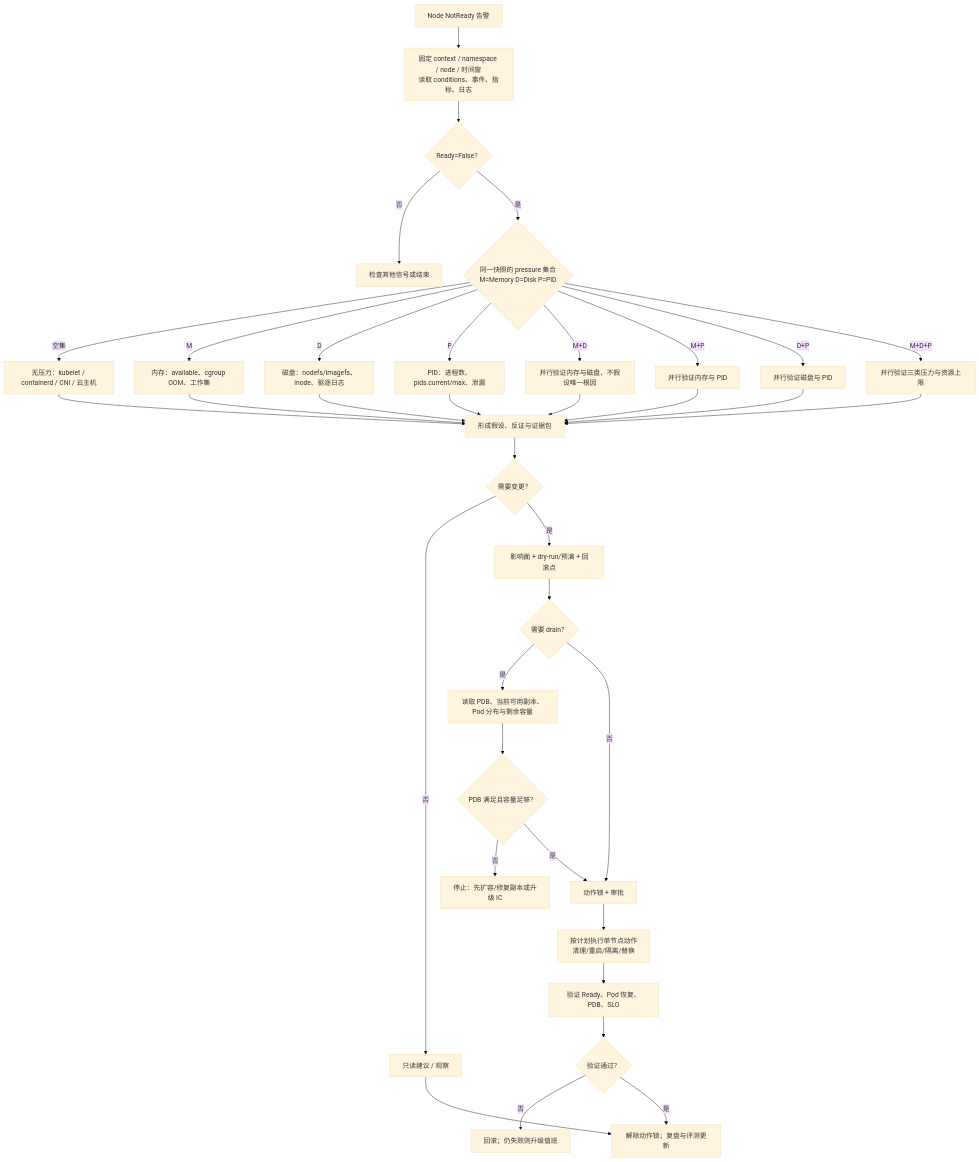
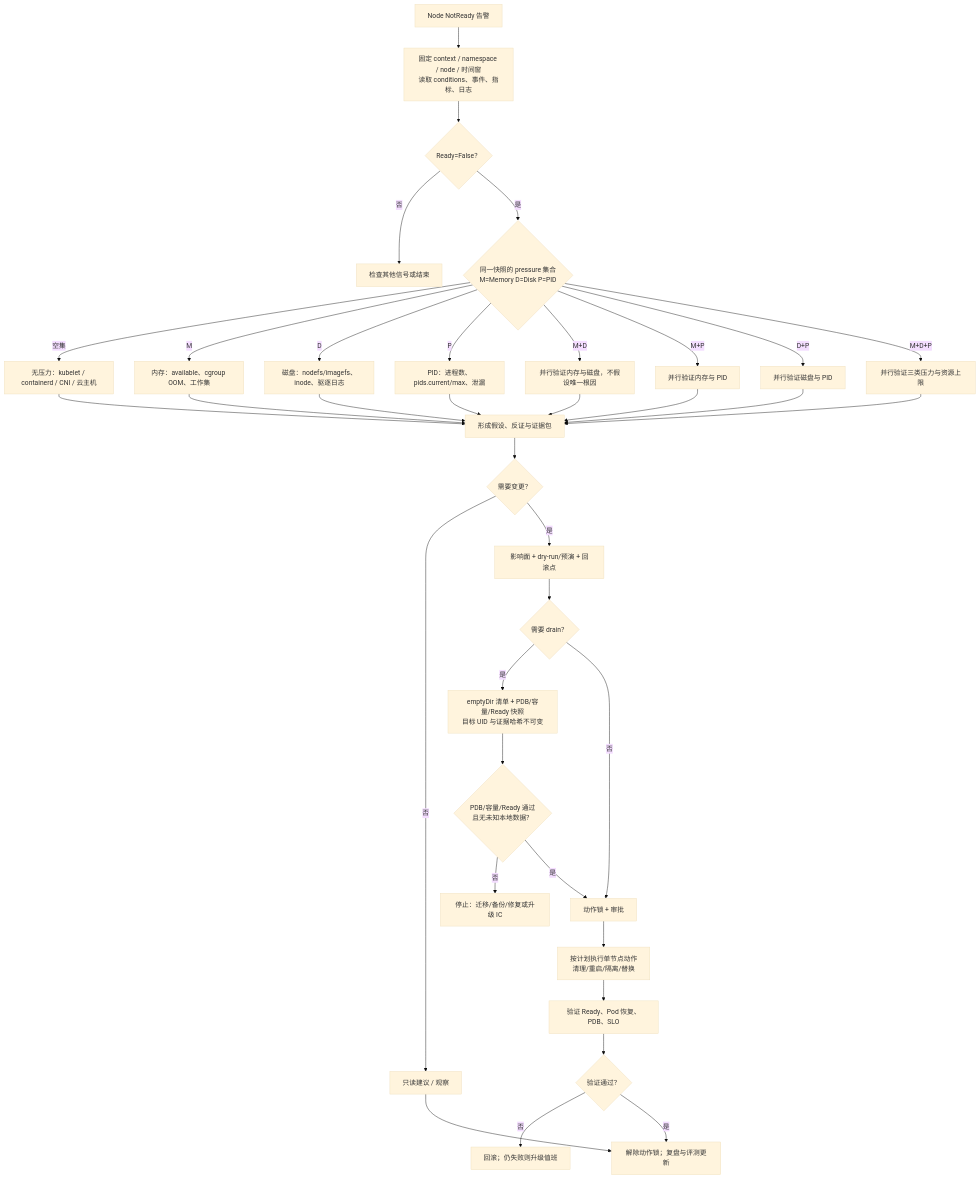
Before and after one commit to ai-guru-global/the-ops-agent-book: the diagram in docs/playbooks/k8s.md, drawn with Mermaid (base theme). The commit also changed other lines of this file and 42 other files, not shown here.

````diff
--- a/docs/playbooks/k8s.md
+++ b/docs/playbooks/k8s.md
@@ -49,38 +49,38 @@
 ```mermaid
 flowchart TD
   A["Node NotReady 告警"] --> B["固定 context / namespace / node / 时间窗<br/>读取 conditions、事件、指标、日志"]
   B --> C{"Ready=False？"}
   C -- 否 --> X["检查其他信号或结束"]
   C -- 是 --> D{"同一快照的 pressure 集合<br/>M=Memory D=Disk P=PID"}
   D -- "空集" --> N["无压力：kubelet / containerd / CNI / 云主机"]
   D -- "M" --> M["内存：available、cgroup OOM、工作集"]
   D -- "D" --> DS["磁盘：nodefs/imagefs、inode、驱逐日志"]
   D -- "P" --> P["PID：进程数、pids.current/max、泄漏"]
   D -- "M+D" --> MD["并行验证内存与磁盘，不假设唯一根因"]
   D -- "M+P" --> MP["并行验证内存与 PID"]
   D -- "D+P" --> DP["并行验证磁盘与 PID"]
   D -- "M+D+P" --> MDP["并行验证三类压力与资源上限"]
   N --> E["形成假设、反证与证据包"]
   M --> E
   DS --> E
   P --> E
   MD --> E
   MP --> E
   DP --> E
   MDP --> E
   E --> F{"需要变更？"}
   F -- 否 --> O["只读建议 / 观察"]
   F -- 是 --> G["影响面 + dry-run/预演 + 回滚点"]
   G --> H{"需要 drain？"}
-  H -- 是 --> I["读取 PDB、当前可用副本、Pod 分布与剩余容量"]
+  H -- 是 --> I["emptyDir 清单 + PDB/容量/Ready 快照<br/>目标 UID 与证据哈希不可变"]
   H -- 否 --> J["动作锁 + 审批"]
-  I --> Q{"PDB 满足且容量足够？"}
-  Q -- 否 --> R["停止：先扩容/修复副本或升级 IC"]
+  I --> Q{"PDB/容量/Ready 通过<br/>且无未知本地数据？"}
+  Q -- 否 --> R["停止：迁移/备份/修复或升级 IC"]
   Q -- 是 --> J
   J --> K["按计划执行单节点动作<br/>清理/重启/隔离/替换"]
   K --> L["验证 Ready、Pod 恢复、PDB、SLO"]
   L --> M2{"验证通过？"}
   M2 -- 否 --> RB["回滚；仍失败则升级值班"]
   M2 -- 是 --> V["解除动作锁；复盘与评测更新"]
   O --> V
 ```
````
